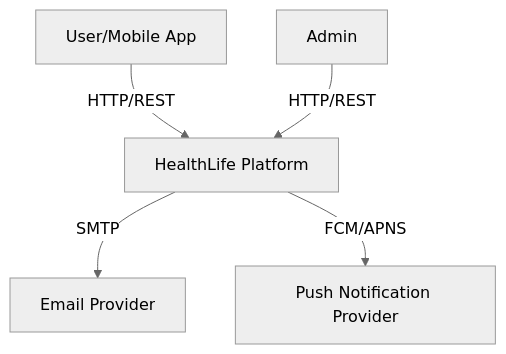
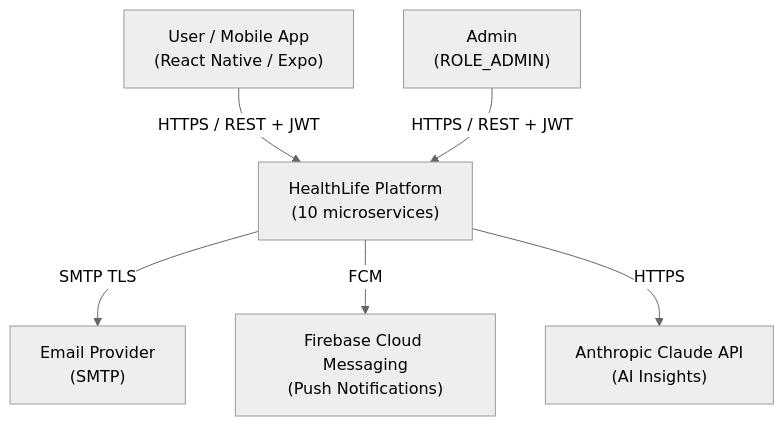
Before and after one commit to Maru3022/Application: the first of 2 diagrams in docs/ARCHITECTURE.md, drawn with Mermaid (neutral theme). The commit also changed other lines of this file and 3 other files, not shown here.

````diff
--- a/docs/ARCHITECTURE.md
+++ b/docs/ARCHITECTURE.md
@@ -7,13 +7,15 @@
 ```mermaid
 graph TB
-    User[User/Mobile App]
-    Admin[Admin]
-    HealthLife[HealthLife Platform]
-    Email[Email Provider]
-    Push[Push Notification Provider]
+    User["User / Mobile App\n(React Native / Expo)"]
+    Admin["Admin\n(ROLE_ADMIN)"]
+    HL["HealthLife Platform\n(10 microservices)"]
+    Email["Email Provider\n(SMTP)"]
+    Push["Firebase Cloud Messaging\n(Push Notifications)"]
+    Claude["Anthropic Claude API\n(AI Insights)"]
 
-    User -->|HTTP/REST| HealthLife
-    Admin -->|HTTP/REST| HealthLife
-    HealthLife -->|SMTP| Email
-    HealthLife -->|FCM/APNS| Push
+    User -->|HTTPS / REST + JWT| HL
+    Admin -->|HTTPS / REST + JWT| HL
+    HL -->|SMTP TLS| Email
+    HL -->|FCM| Push
+    HL -->|HTTPS| Claude
 ```
````
